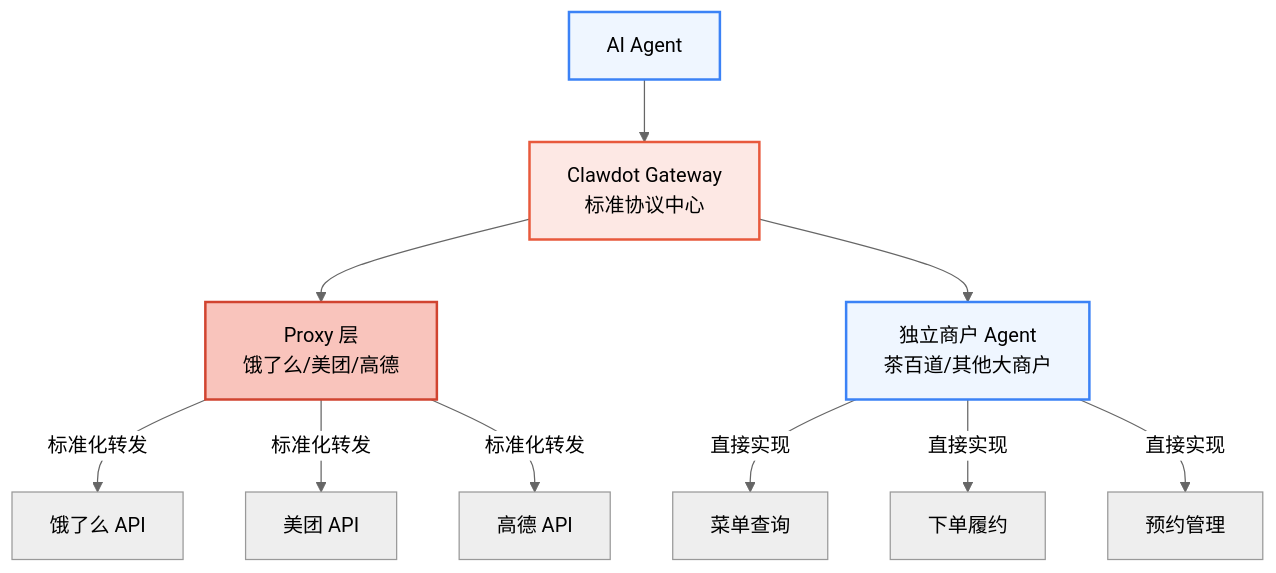
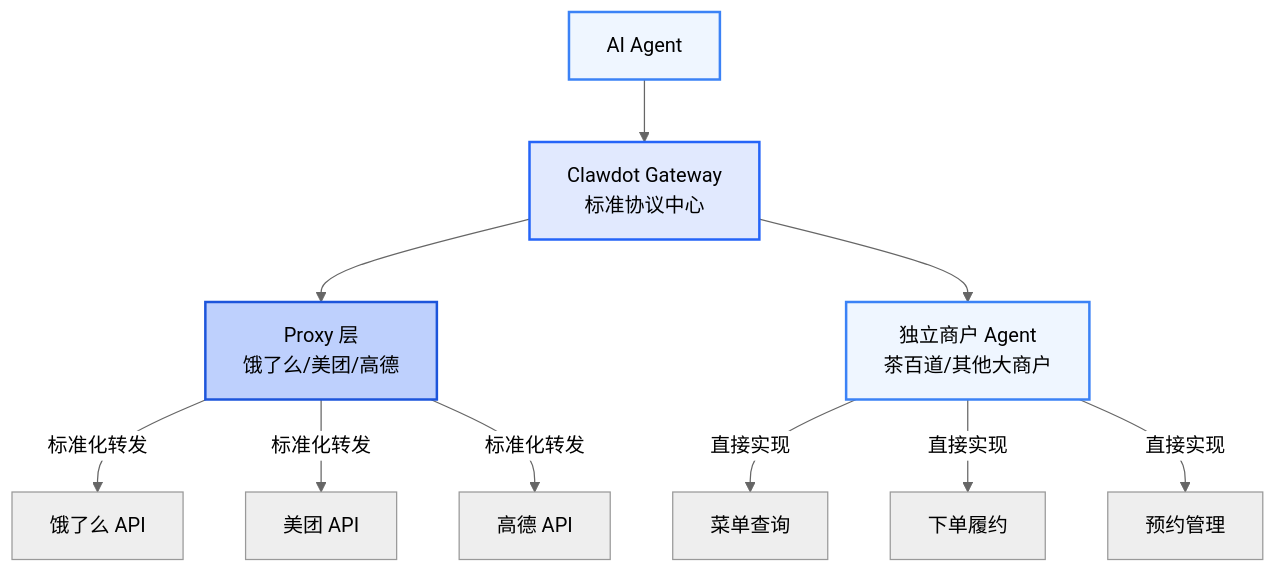
The first of 4 diagrams in gateway/standard-protocol.mdx (clawdot/docs), drawn with Mermaid (neutral theme) before and after one commit. The commit also changed other lines of this file and 43 other files, not shown here.

````diff
--- a/gateway/standard-protocol.mdx
+++ b/gateway/standard-protocol.mdx
@@ -10,25 +10,25 @@
 ```mermaid
 graph TB
   Agent["AI Agent"]
   Gateway["Clawdot Gateway<br/>标准协议中心"]
 
   Proxy["Proxy 层<br/>饿了么/美团/高德"]
   Independent["独立商户 Agent<br/>茶百道/其他大商户"]
 
   Agent --> Gateway
   Gateway --> Proxy
   Gateway --> Independent
 
   Proxy -->|标准化转发| P1["饿了么 API"]
   Proxy -->|标准化转发| P2["美团 API"]
   Proxy -->|标准化转发| P3["高德 API"]
 
   Independent -->|直接实现| I1["菜单查询"]
   Independent -->|直接实现| I2["下单履约"]
   Independent -->|直接实现| I3["预约管理"]
 
-  style Gateway fill:#fde8e4,stroke:#E8593C,stroke-width:2px
-  style Proxy fill:#f9c4bc,stroke:#D14430,stroke-width:2px
+  style Gateway fill:#E1E9FE,stroke:#2564F8,stroke-width:2px
+  style Proxy fill:#BED0FD,stroke:#1D55DB,stroke-width:2px
   style Independent fill:#EFF6FF,stroke:#3B82F6,stroke-width:2px
   style Agent fill:#EFF6FF,stroke:#3B82F6,stroke-width:2px
 ```
````
